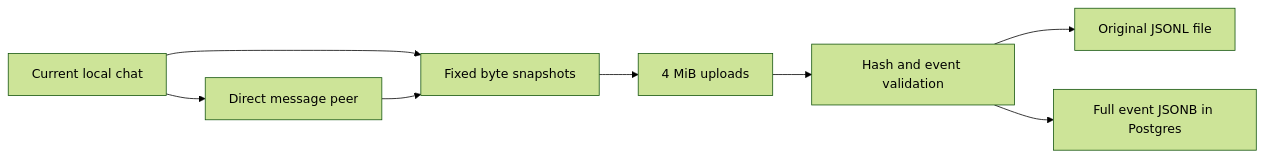
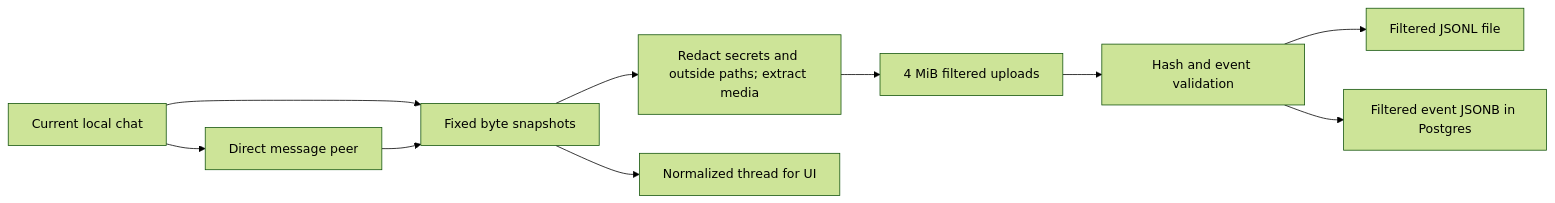
Before and after one commit to Oleks-Y/toolreader: the diagram in docs/codex-team-pilot.md, drawn with Mermaid (forest theme). The commit also changed other lines of this file and 36 other files, not shown here.

Commit message:
feat(history): sync filtered Codex rollouts with normalized history

````diff
--- a/docs/codex-team-pilot.md
+++ b/docs/codex-team-pilot.md
@@ -27,10 +52,12 @@
 ```mermaid
 flowchart LR
   root[Current local chat] --> peer[Direct message peer]
   root --> snapshot[Fixed byte snapshots]
   peer --> snapshot
-  snapshot --> chunks[4 MiB uploads]
+  snapshot --> filter[Redact secrets and outside paths; extract media]
+  filter --> chunks[4 MiB filtered uploads]
   chunks --> verify[Hash and event validation]
-  verify --> file[Original JSONL file]
-  verify --> pg[Full event JSONB in Postgres]
+  verify --> file[Filtered JSONL file]
+  verify --> pg[Filtered event JSONB in Postgres]
+  snapshot --> normalized[Normalized thread for UI]
 ```
````
